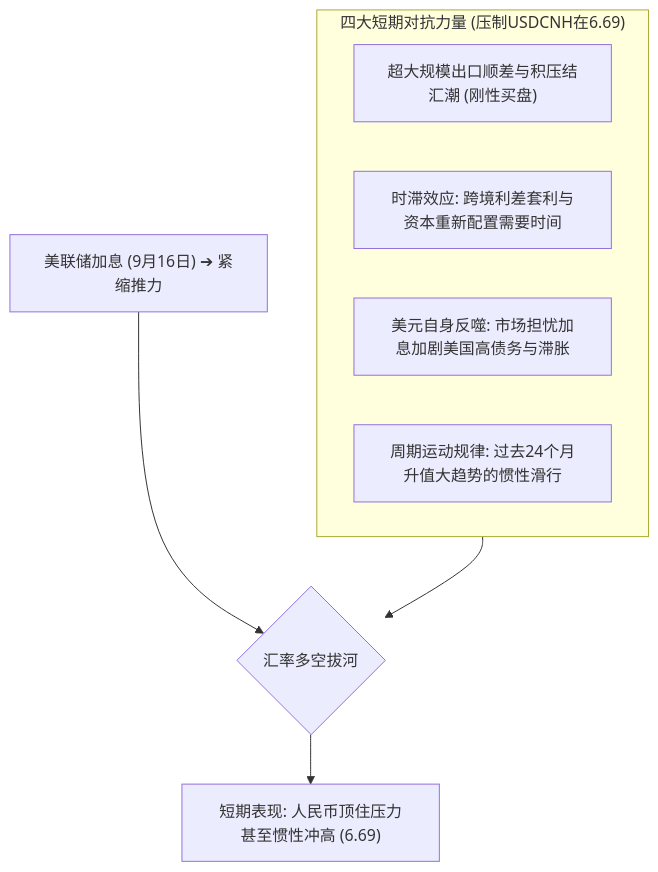
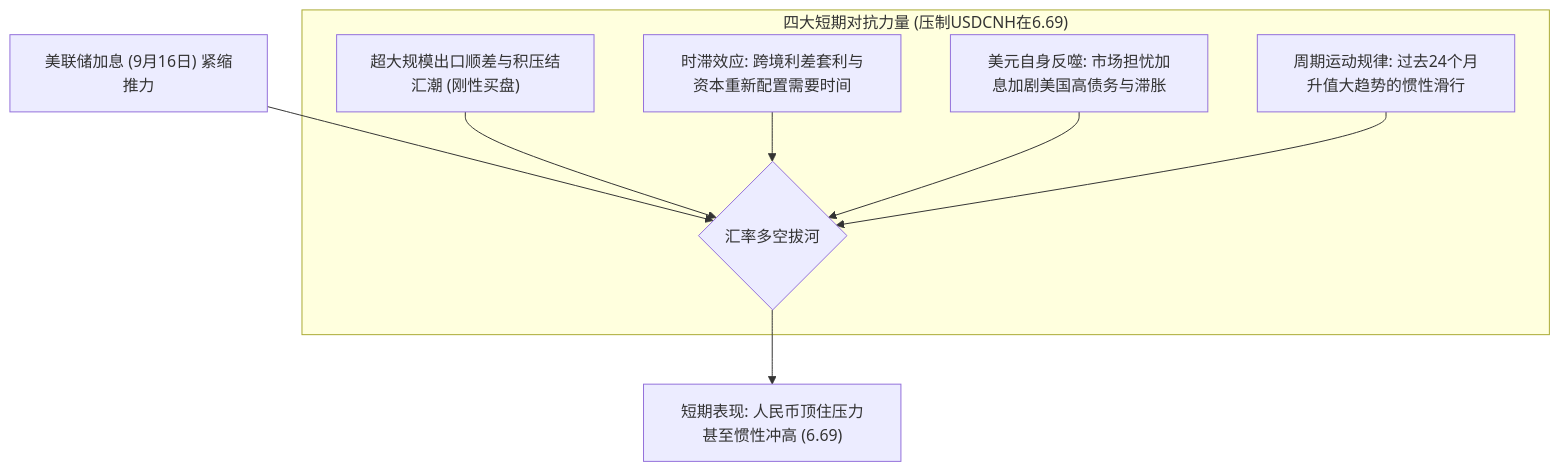
Before and after one commit to ubuntuvim/xcoding: the third of 3 diagrams in source/_posts/stock-exchange/离岸人民币走势与A股走势相关性分析.md, drawn with Mermaid. The commit also changed other lines of this file and 7 other files, not shown here.

````diff
--- a/source/_posts/stock-exchange/离岸人民币走势与A股走势相关性分析.md
+++ b/source/_posts/stock-exchange/离岸人民币走势与A股走势相关性分析.md
@@ -309,14 +313,17 @@
 ```mermaid
-flowchart TD
-    FedHike["美联储加息 (9月16日) ➔ 紧缩推力"] --> TugOfWar{汇率多空拔河}
+graph TD
+    FedHike["美联储加息 (9月16日) 紧缩推力"] --> TugOfWar{汇率多空拔河}
 
     subgraph CounterForces["四大短期对抗力量 (压制USDCNH在6.69)"]
         F1["超大规模出口顺差与积压结汇潮 (刚性买盘)"]
         F2["时滞效应: 跨境利差套利与资本重新配置需要时间"]
         F3["美元自身反噬: 市场担忧加息加剧美国高债务与滞胀"]
         F4["周期运动规律: 过去24个月升值大趋势的惯性滑行"]
+        F1 --> TugOfWar
+        F2 --> TugOfWar
+        F3 --> TugOfWar
+        F4 --> TugOfWar
     end
 
-    CounterForces --> TugOfWar
     TugOfWar --> Result["短期表现: 人民币顶住压力甚至惯性冲高 (6.69)"]
 ```
````
